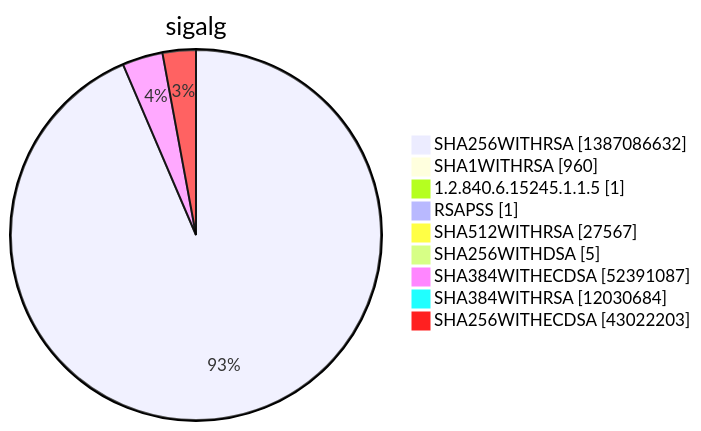
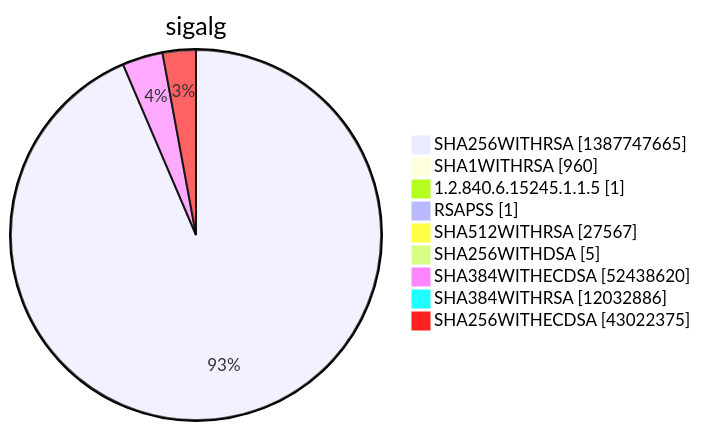
Diagram 15 of 15 in argon2022/README.md (christiankrug/ctmonitor_visualization), drawn with Mermaid before and after one commit. The commit also changed other lines of this file, not shown here.

````diff
--- a/argon2022/README.md
+++ b/argon2022/README.md
@@ -5524,13 +5524,13 @@
 ```mermaid
 pie showData
 title sigalg
-"SHA256WITHRSA" :1387086632
+"SHA256WITHRSA" :1387747665
 "SHA1WITHRSA" :960
 "1.2.840.6.15245.1.1.5" :1
 "RSAPSS" :1
 "SHA512WITHRSA" :27567
 "SHA256WITHDSA" :5
-"SHA384WITHECDSA" :52391087
-"SHA384WITHRSA" :12030684
-"SHA256WITHECDSA" :43022203
+"SHA384WITHECDSA" :52438620
+"SHA384WITHRSA" :12032886
+"SHA256WITHECDSA" :43022375
 ```
````
